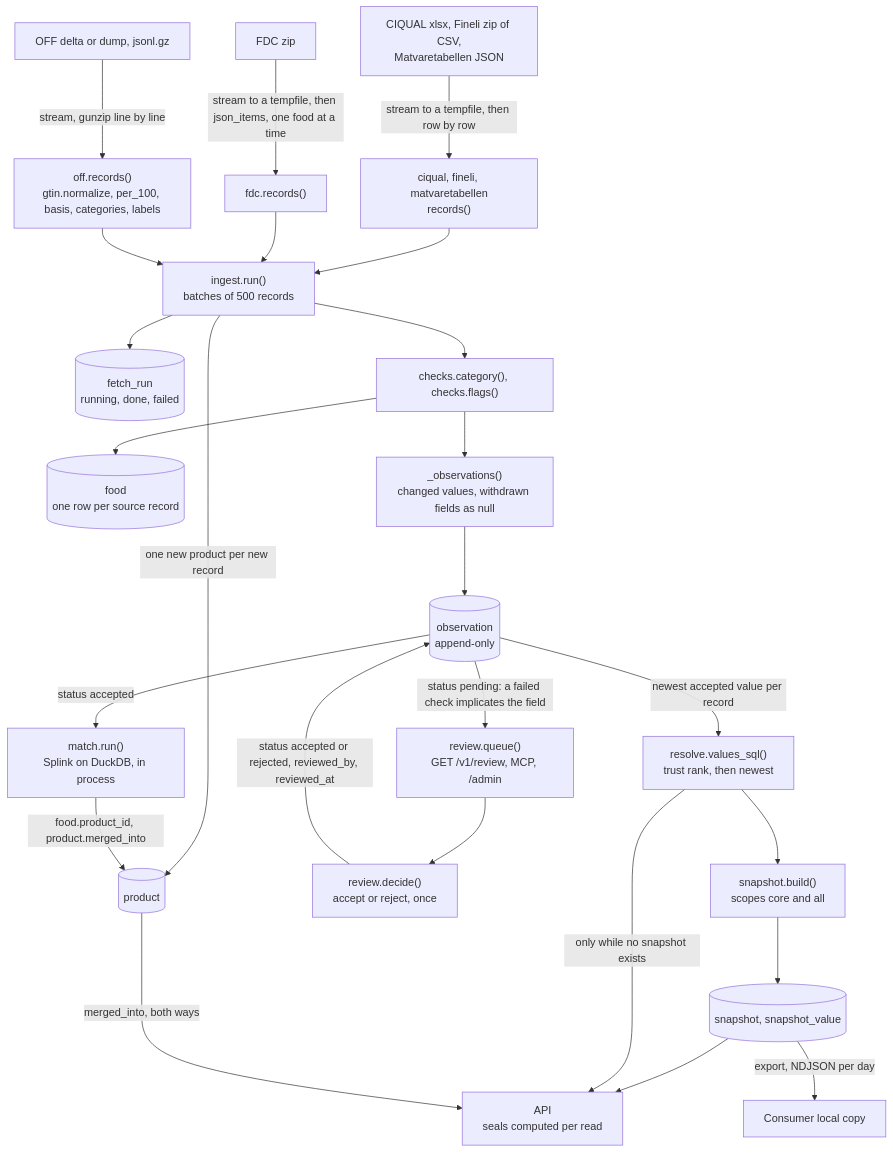
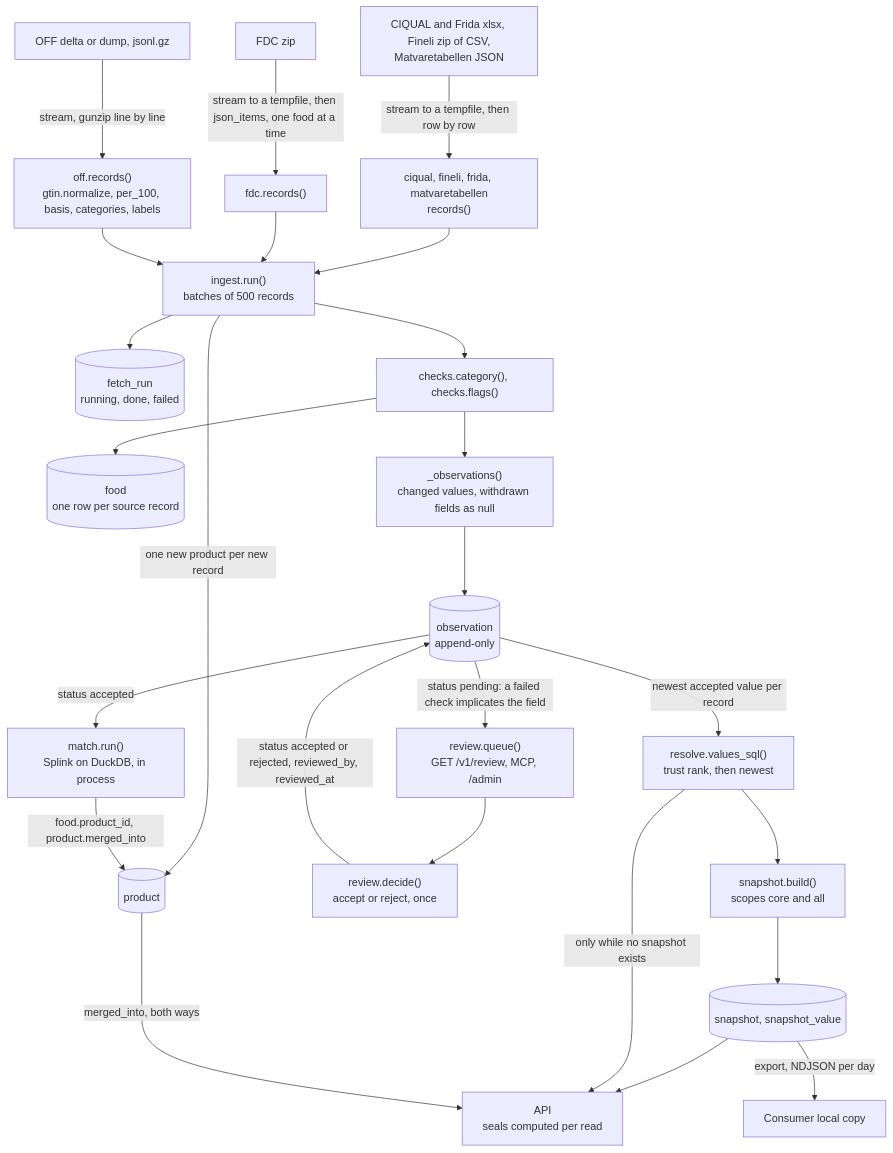
Before and after one commit to eait-fit/fooddb: the third of 19 diagrams in docs/architecture.md, drawn with Mermaid. The commit also changed other lines of this file and 5 other files, not shown here.

First line of the commit message:
docs: Frida in the README, architecture, design, licence and deploy docs

````diff
--- a/docs/architecture.md
+++ b/docs/architecture.md
@@ -157,27 +158,27 @@
 ```mermaid
 flowchart TD
     fdcsrc["FDC zip"] -->|"stream to a tempfile, then json_items, one food at a time"| fdcrec["fdc.records()"]
-    tabsrc["CIQUAL xlsx, Fineli zip of CSV,<br/>Matvaretabellen JSON"] -->|"stream to a tempfile, then row by row"| tabrec["ciqual, fineli, matvaretabellen<br/>records()"]
+    tabsrc["CIQUAL and Frida xlsx, Fineli zip of CSV,<br/>Matvaretabellen JSON"] -->|"stream to a tempfile, then row by row"| tabrec["ciqual, fineli, frida, matvaretabellen<br/>records()"]
     tabrec --> run
     offsrc["OFF delta or dump, jsonl.gz"] -->|"stream, gunzip line by line"| offrec["off.records()<br/>gtin.normalize, per_100, basis, categories, labels"]
     fdcrec --> run["ingest.run()<br/>batches of 500 records"]
     offrec --> run
     run --> fr[("fetch_run<br/>running, done, failed")]
     run -->|"one new product per new record"| prod[("product")]
     run --> chk["checks.category(), checks.flags()"]
     chk --> foodt[("food<br/>one row per source record")]
     chk --> diff["_observations()<br/>changed values, withdrawn fields as null"]
     diff --> obs[("observation<br/>append-only")]
     obs -->|"status pending: a failed check implicates the field"| queue["review.queue()<br/>GET /v1/review, MCP, /admin"]
     queue --> decide["review.decide()<br/>accept or reject, once"]
     decide -->|"status accepted or rejected, reviewed_by, reviewed_at"| obs
     obs -->|"status accepted"| match["match.run()<br/>Splink on DuckDB, in process"]
     match -->|"food.product_id, product.merged_into"| prod
     obs -->|"newest accepted value per record"| resolver["resolve.values_sql()<br/>trust rank, then newest"]
     resolver --> snap["snapshot.build()<br/>scopes core and all"]
     snap --> sv[("snapshot, snapshot_value")]
     sv --> api["API<br/>seals computed per read"]
     sv -->|"export, NDJSON per day"| consumer["Consumer local copy"]
     resolver -->|"only while no snapshot exists"| api
     prod -->|"merged_into, both ways"| api
 ```
````
